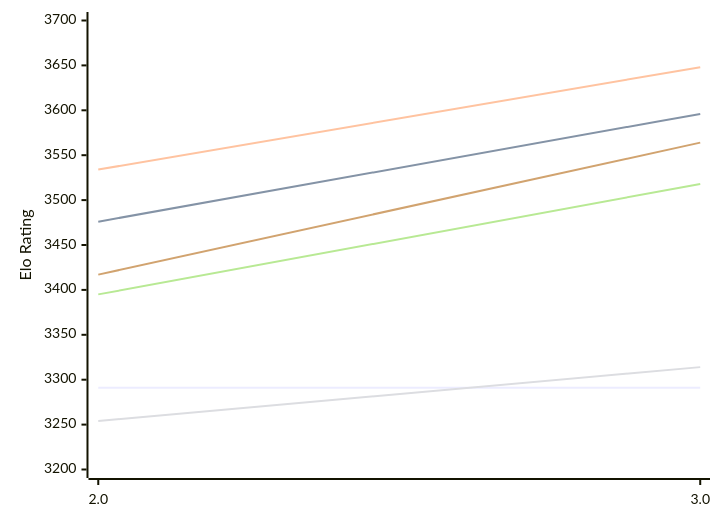
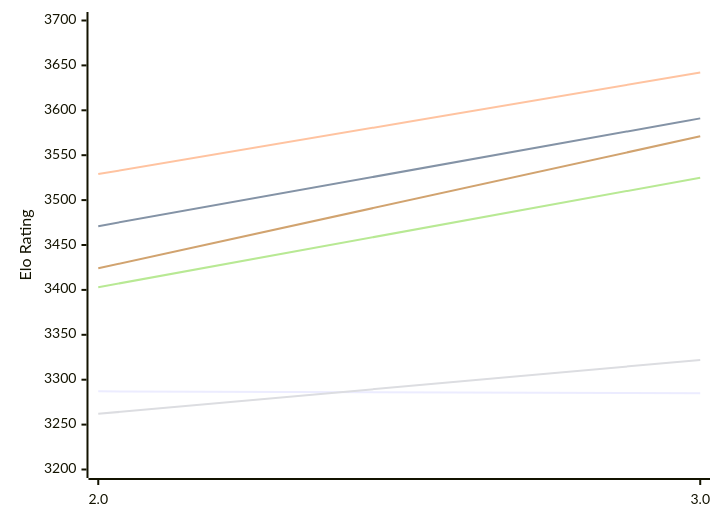
Before and after one commit to computer-chess-index/cci: the first of 2 diagrams in engines/Quanticade.md, drawn with Mermaid. The commit also changed other lines of this file, not shown here.

Commit message:
Update CCI Ratings (ELO VLTC) - 2026-11-18

````diff
--- a/engines/Quanticade.md
+++ b/engines/Quanticade.md
@@ -50,12 +50,12 @@
 ```mermaid
 %%{init: {"theme":"base","themeVariables":{"seriesColors:['#a3a3a3','#222221','#faa371']}}}%%
 xychart-beta
   x-axis ["2.0", "3.0"]
   y-axis "Elo Rating" 3200 --> 3700
-  line "E1: STC (8.0+0.08s)" [3291, 3291]
-  line "E1: LTC (60.0+0.60s)" [3476, 3596]
-  line "E1: VLTC (2m24s+1.12s)" [3534, 3648]
-  line "P1: STC (8.0+0.08s)" [3254, 3314]
-  line "P1: LTC (60.0+0.60s)" [3395, 3518]
-  line "P1: VLTC (2m24s+1.12s)" [3417, 3564]
+  line "E1: STC (8.0+0.08s)" [3287, 3285]
+  line "E1: LTC (60.0+0.60s)" [3471, 3591]
+  line "E1: VLTC (2m24s+1.12s)" [3529, 3642]
+  line "P1: STC (8.0+0.08s)" [3262, 3322]
+  line "P1: LTC (60.0+0.60s)" [3403, 3525]
+  line "P1: VLTC (2m24s+1.12s)" [3424, 3571]
 ```
````
